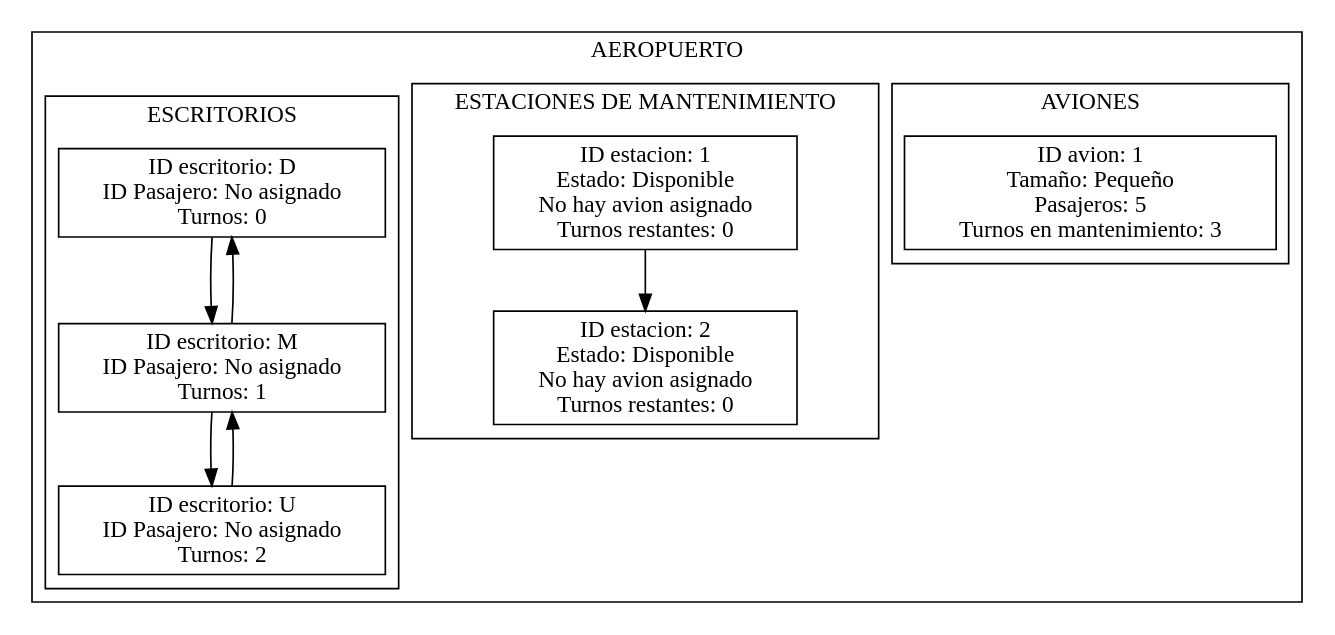
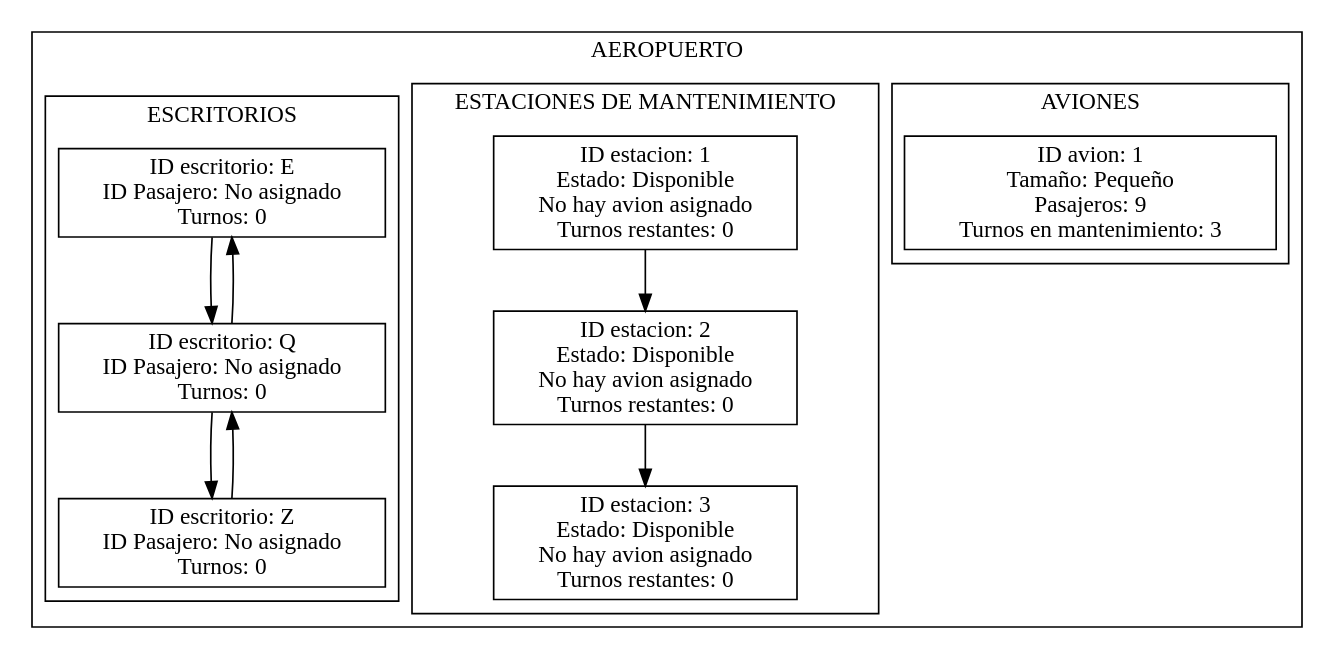
Before and after one commit to denisse-br/EDD_201224240: the diagram in practica1201224240/reportes/Grafica.dot, drawn with Graphviz. The commit also changed 11 other files, not shown here.

```diff
--- a/practica1201224240/reportes/Grafica.dot
+++ b/practica1201224240/reportes/Grafica.dot
@@ -1,33 +1,35 @@
 digraph{
  node[shape = record, color = black];subgraph clusterAeropuerto{ 
 label = "AEROPUERTO"; 
 	  subgraph clusterAviones{ 
 	  label = "AVIONES"; 
-		 a0[label="ID avion: 1\n Tamaño: Pequeño\n Pasajeros: 5\n Turnos en mantenimiento: 3 "];
+		 a0[label="ID avion: 1\n Tamaño: Pequeño\n Pasajeros: 9\n Turnos en mantenimiento: 3 "];
 }
 	  subgraph clusterlistaSim{ 
 	  label = "ESTACIONES DE MANTENIMIENTO"; 
 		 b0[label="ID estacion: 1\nEstado: Disponible\nNo hay avion asignado \nTurnos restantes: 0"];
 		 b1[label="ID estacion: 2\nEstado: Disponible\nNo hay avion asignado \nTurnos restantes: 0"];
+		 b2[label="ID estacion: 3\nEstado: Disponible\nNo hay avion asignado \nTurnos restantes: 0"];
 b0->b1[constraint=true];
+b1->b2[constraint=true];
 	 }	  subgraph clusterlistaCola{ 
 	  label = "COLA DE ESPERA"; 
 	 }	  subgraph clusterlistaColaPas{ 
 	  label = "COLA DE PASAJEROS "; 
 	 }	  subgraph clusterlistamaleta{ 
 	  label = "MALETAS"; 
 	 }	  subgraph clusterEscritorios{ 
 	  label = "ESCRITORIOS"; 
-		 e0[label="ID escritorio: D\nID Pasajero: No asignado\nTurnos: 0
+		 e0[label="ID escritorio: E\nID Pasajero: No asignado\nTurnos: 0
  "];
-		 e1[label="ID escritorio: M\nID Pasajero: No asignado\nTurnos: 1
+		 e1[label="ID escritorio: Q\nID Pasajero: No asignado\nTurnos: 0
  "];
-		 e2[label="ID escritorio: U\nID Pasajero: No asignado\nTurnos: 2
+		 e2[label="ID escritorio: Z\nID Pasajero: No asignado\nTurnos: 0
  "];
 }
 e0->e1
 e1->e2
 e1->e0
 e2->e1
 }
 }
```
